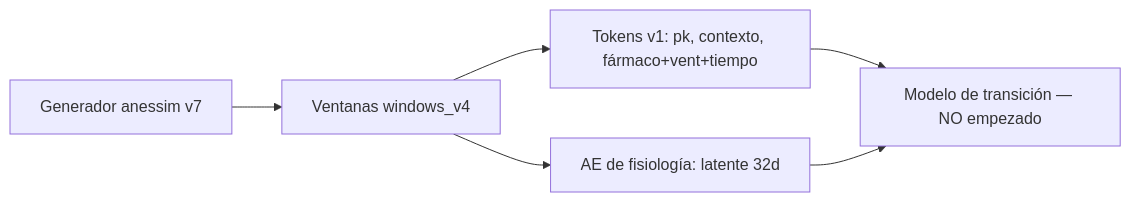
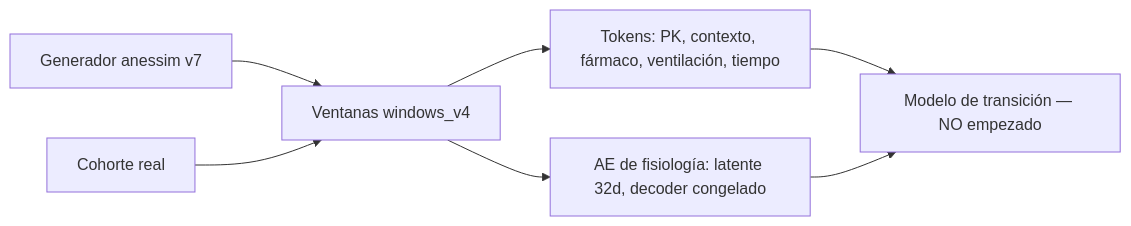
The diagram in MEMORIA.md (ramsestein/pruebas_anestesia_world_model), drawn with Mermaid before and after one commit. The commit also changed other lines of this file, not shown here.

````diff
--- a/MEMORIA.md
+++ b/MEMORIA.md
@@ -22,8 +106,9 @@
 ```mermaid
 flowchart LR
     G[Generador anessim v7] --> W[Ventanas windows_v4]
-    W --> T[Tokens v1: pk, contexto, fármaco+vent+tiempo]
-    W --> AE[AE de fisiología: latente 32d]
+    R[Cohorte real] --> W
+    W --> T[Tokens: PK, contexto, fármaco, ventilación, tiempo]
+    W --> AE[AE de fisiología: latente 32d, decoder congelado]
     T --> M[Modelo de transición — NO empezado]
     AE --> M
 ```
````
